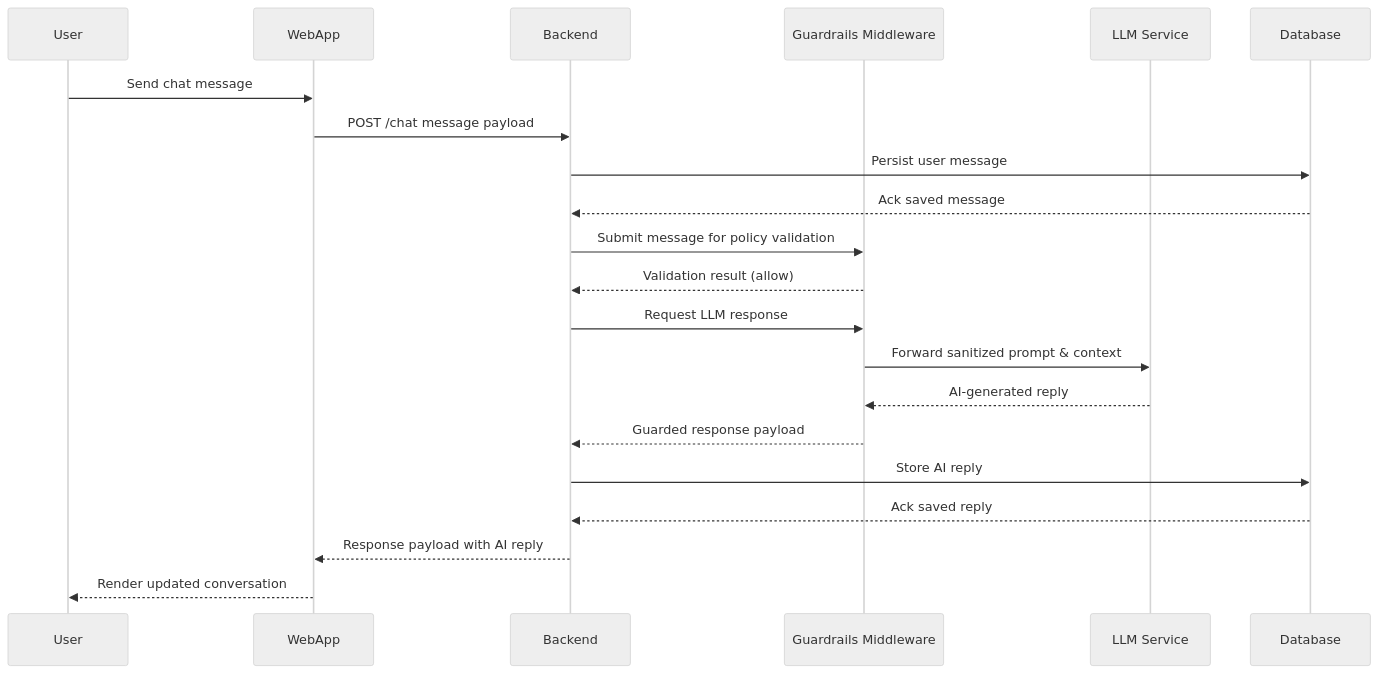
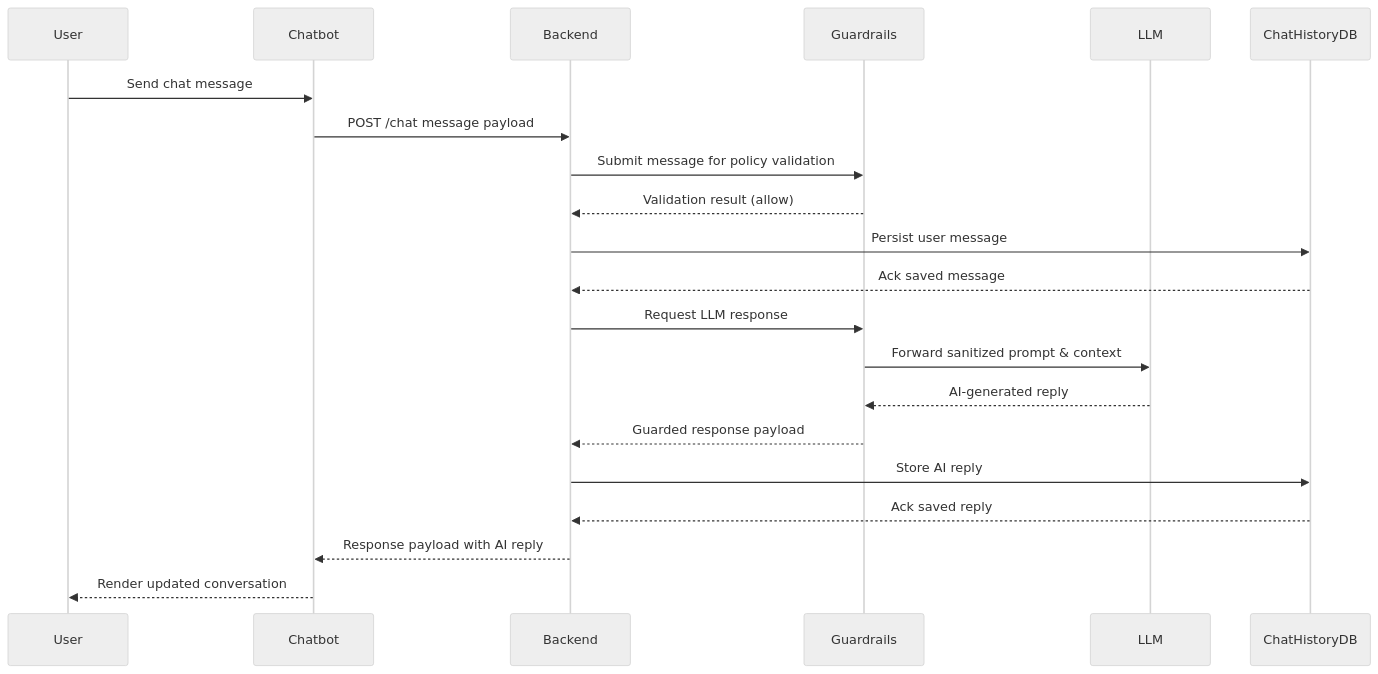
Before and after one commit to sidgyl-anz/guardrailsfe: the first of 3 diagrams in diagrams.md, drawn with Mermaid (neutral theme). The commit also changed other lines of this file, not shown here.

````diff
--- a/diagrams.md
+++ b/diagrams.md
@@ -4,24 +4,24 @@
 ```mermaid
 sequenceDiagram
     participant User
-    participant WebApp
+    participant Chatbot
     participant Backend
-    participant Guardrails as Guardrails Middleware
-    participant LLM as LLM Service
-    participant Database
+    participant Guardrails
+    participant LLM
+    participant ChatHistoryDB
 
-    User->>WebApp: Send chat message
-    WebApp->>Backend: POST /chat message payload
-    Backend->>Database: Persist user message
-    Database-->>Backend: Ack saved message
+    User->>Chatbot: Send chat message
+    Chatbot->>Backend: POST /chat message payload
     Backend->>Guardrails: Submit message for policy validation
     Guardrails-->>Backend: Validation result (allow)
+    Backend->>ChatHistoryDB: Persist user message
+    ChatHistoryDB-->>Backend: Ack saved message
     Backend->>Guardrails: Request LLM response
     Guardrails->>LLM: Forward sanitized prompt & context
     LLM-->>Guardrails: AI-generated reply
     Guardrails-->>Backend: Guarded response payload
-    Backend->>Database: Store AI reply
-    Database-->>Backend: Ack saved reply
-    Backend-->>WebApp: Response payload with AI reply
-    WebApp-->>User: Render updated conversation
+    Backend->>ChatHistoryDB: Store AI reply
+    ChatHistoryDB-->>Backend: Ack saved reply
+    Backend-->>Chatbot: Response payload with AI reply
+    Chatbot-->>User: Render updated conversation
 ```
````
